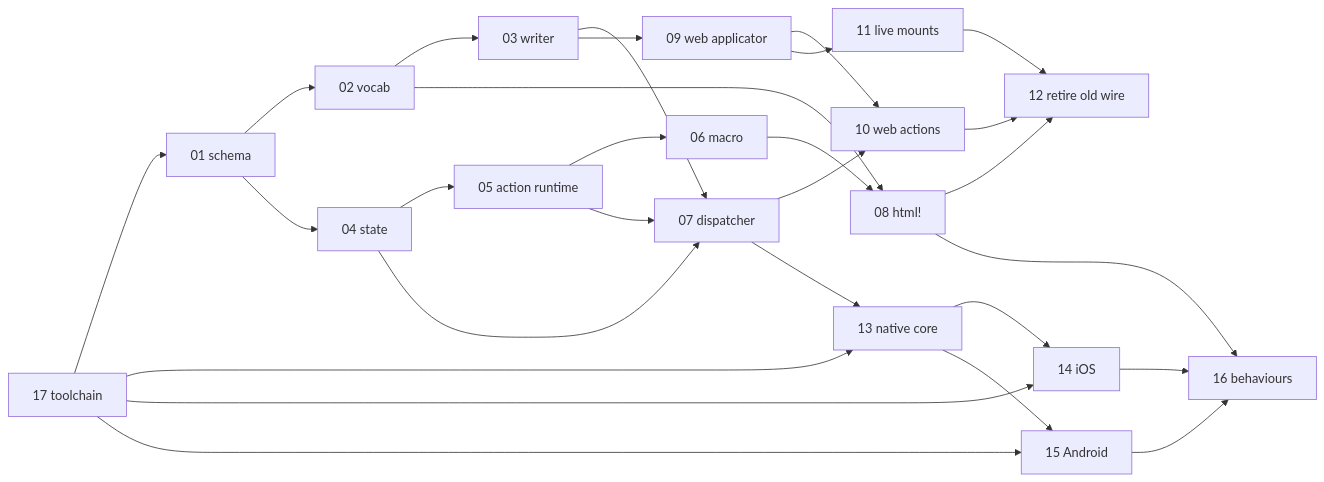
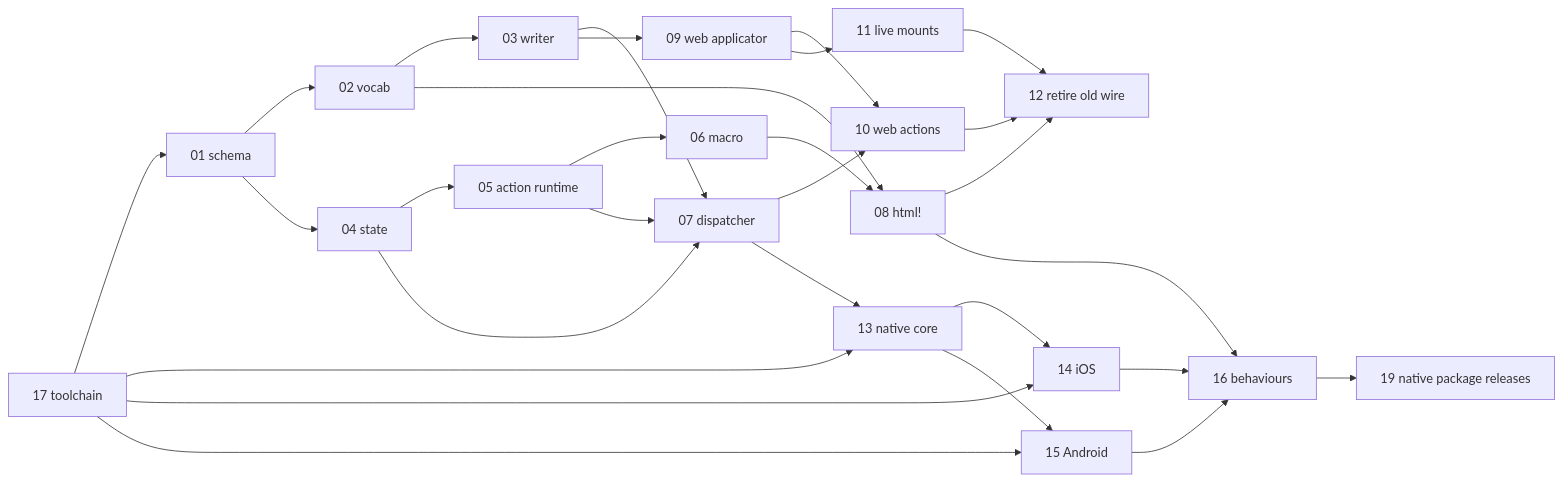
The third of 3 diagrams in specifications/69-foundation-ui-v2/requirements.md (ewe-studios/ewe_platform), drawn with Mermaid before and after one commit. The commit also changed other lines of this file and 389 other files, not shown here.

````diff
--- a/specifications/69-foundation-ui-v2/requirements.md
+++ b/specifications/69-foundation-ui-v2/requirements.md
@@ -408,27 +414,28 @@
 ```mermaid
 flowchart LR
     F01[01 schema] --> F02[02 vocab] --> F03[03 writer]
     F01 --> F04[04 state] --> F05[05 action runtime] --> F06[06 macro]
     F03 --> F07[07 dispatcher]
     F04 --> F07
     F05 --> F07
     F02 --> F08[08 html!]
     F06 --> F08
     F03 --> F09[09 web applicator]
     F07 --> F10[10 web actions]
     F09 --> F10
     F09 --> F11[11 live mounts]
     F08 --> F12[12 retire old wire]
     F10 --> F12
     F11 --> F12
     F07 --> F13[13 native core]
     F13 --> F14[14 iOS]
     F13 --> F15[15 Android]
     F14 --> F16[16 behaviours]
     F15 --> F16
     F08 --> F16
+    F16 --> F19[19 native package releases]
     F17[17 toolchain] --> F01
     F17 --> F13
     F17 --> F14
     F17 --> F15
 ```
````
